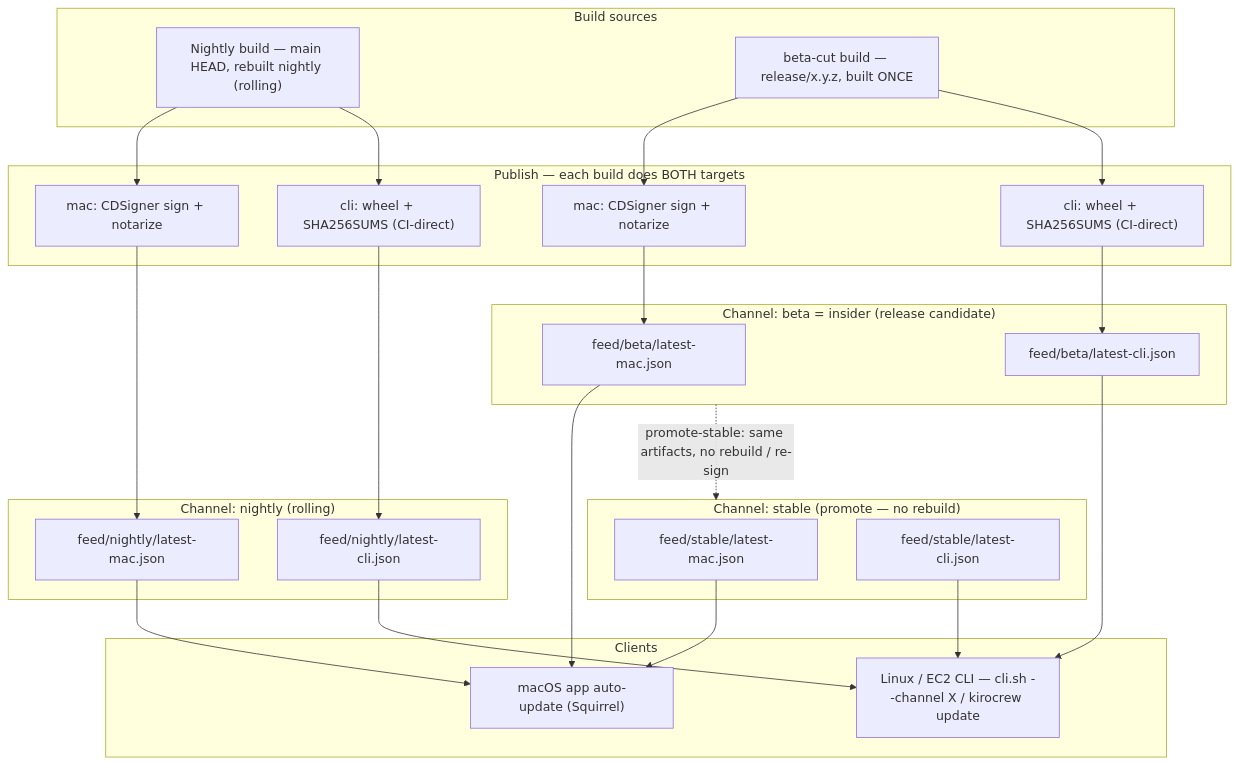
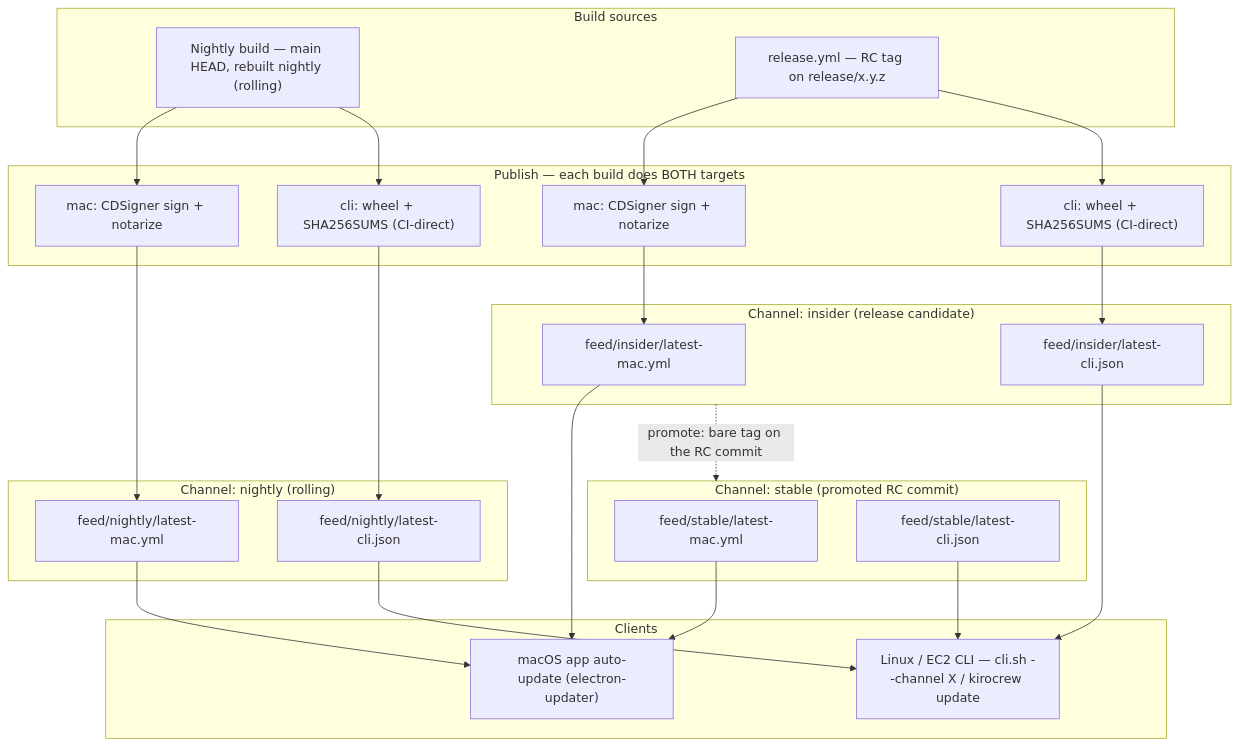
Before and after one commit to Arin016/KiroCrew: the diagram in docs/release-automation.md, drawn with Mermaid. The commit also changed other lines of this file and 4 other files, not shown here.

````diff
--- a/docs/release-automation.md
+++ b/docs/release-automation.md
@@ -471,46 +185,46 @@
 ```mermaid
 flowchart TB
     subgraph SRC["Build sources"]
         NB["Nightly build — main HEAD, rebuilt nightly (rolling)"]
-        RC["beta-cut build — release/x.y.z, built ONCE"]
+        RC["release.yml — RC tag on release/x.y.z"]
     end
 
     subgraph PUB["Publish — each build does BOTH targets"]
         NMAC["mac: CDSigner sign + notarize"]
         NCLI["cli: wheel + SHA256SUMS (CI-direct)"]
         RMAC["mac: CDSigner sign + notarize"]
         RCLI["cli: wheel + SHA256SUMS (CI-direct)"]
     end
 
     subgraph CH_N["Channel: nightly (rolling)"]
-        NMACF["feed/nightly/latest-mac.json"]
+        NMACF["feed/nightly/latest-mac.yml"]
         NCLIF["feed/nightly/latest-cli.json"]
     end
-    subgraph CH_B["Channel: beta = insider (release candidate)"]
-        BMACF["feed/beta/latest-mac.json"]
-        BCLIF["feed/beta/latest-cli.json"]
+    subgraph CH_B["Channel: insider (release candidate)"]
+        BMACF["feed/insider/latest-mac.yml"]
+        BCLIF["feed/insider/latest-cli.json"]
     end
-    subgraph CH_S["Channel: stable (promote — no rebuild)"]
-        SMACF["feed/stable/latest-mac.json"]
+    subgraph CH_S["Channel: stable (promoted RC commit)"]
+        SMACF["feed/stable/latest-mac.yml"]
         SCLIF["feed/stable/latest-cli.json"]
     end
 
     subgraph CLIENT["Clients"]
-        MACAPP["macOS app auto-update (Squirrel)"]
+        MACAPP["macOS app auto-update (electron-updater)"]
         LINUX["Linux / EC2 CLI — cli.sh --channel X / kirocrew update"]
     end
 
     NB --> NMAC & NCLI
     RC --> RMAC & RCLI
     NMAC --> NMACF
     NCLI --> NCLIF
     RMAC --> BMACF
     RCLI --> BCLIF
-    CH_B -. "promote-stable: same artifacts, no rebuild / re-sign" .-> CH_S
+    CH_B -. "promote: bare tag on the RC commit" .-> CH_S
     NMACF --> MACAPP
     BMACF --> MACAPP
     SMACF --> MACAPP
     NCLIF --> LINUX
     BCLIF --> LINUX
     SCLIF --> LINUX
 ```
````
